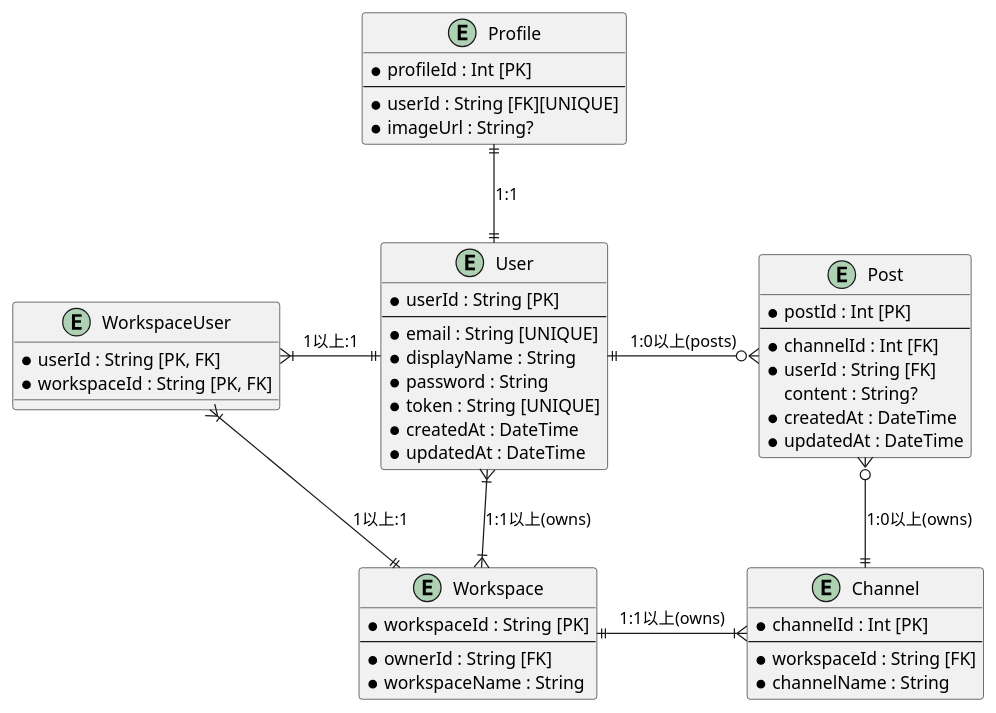
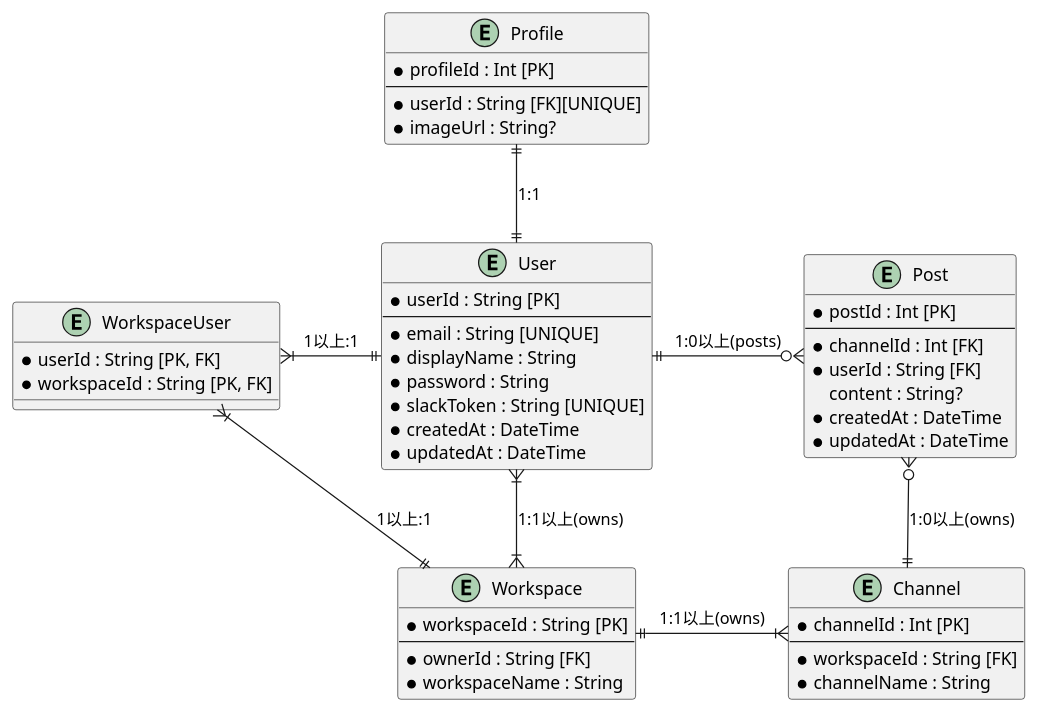
One commit to oswoa/copy-slack changed the diagram in prisma/tables.pu. Above: the diagram before and after it, drawn with PlantUML. The commit also changed 4 other files, not shown here.

```diff
--- a/prisma/tables.pu
+++ b/prisma/tables.pu
@@ -1,77 +1,77 @@
 @startuml
 
 ' =====================
 ' Entity definitions
 ' =====================
 entity User {
   * userId : String [PK]
   --
   * email : String [UNIQUE]
   * displayName : String
   * password : String
-  * token : String [UNIQUE]
+  * slackToken : String [UNIQUE]
   * createdAt : DateTime
   * updatedAt : DateTime
 }
 
 entity "WorkspaceUser" as WU {
   * userId : String [PK, FK]
   * workspaceId : String [PK, FK]
 }
 
 entity Workspace {
   * workspaceId : String [PK]
   --
   * ownerId : String [FK]
   * workspaceName : String
 }
 
 entity Channel {
   * channelId : Int [PK]
   --
   * workspaceId : String [FK]
   * channelName : String
 }
 
 entity Post {
   * postId : Int [PK]
   --
   * channelId : Int [FK]
   * userId : String [FK]
   content : String?
   * createdAt : DateTime
   * updatedAt : DateTime
 }
 
 entity Profile {
     * profileId : Int [PK]
     --
     * userId : String [FK][UNIQUE]
     * imageUrl : String?
 }
 
 ' =====================
 ' Relationships (1:N, N:M, ownership)
 ' =====================
 ' User and WU (1:N)
 User ||-l-|{ WU : "1以上:1"
 
 ' Workspace and WU (1:N)
 Workspace ||-l-|{ WU : "1以上:1"
 
 ' User and Workspace (1:N)
 User }|--|{ Workspace : "1:1以上(owns)"
 
 ' Workspace and Channel (1:N)
 Workspace ||-r-|{ Channel : "1:1以上(owns)"
 
 ' Channel and Post (1:N)
 Channel ||-u-o{ Post : "1:0以上(owns)"
 
 ' User and Post (1:N)
 User ||-r-o{ Post : "1:0以上(posts)"
 
 ' Profile and User (1:1)
 Profile ||-d-|| User : "1:1"
 
 @enduml
```
